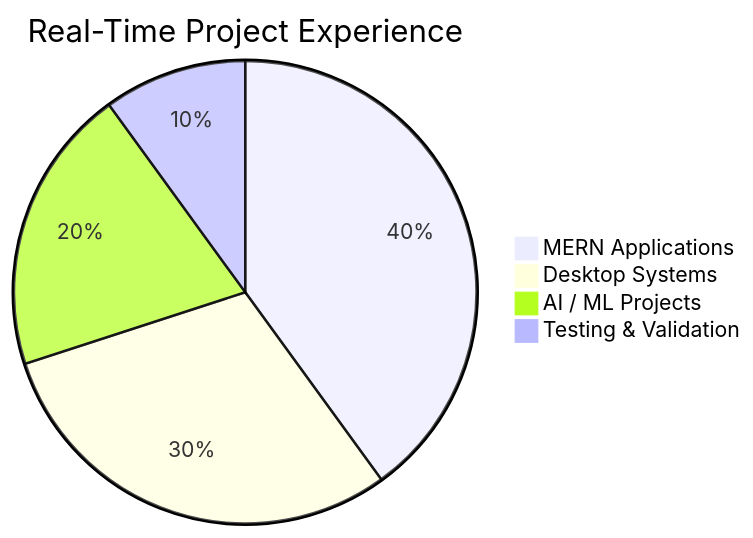
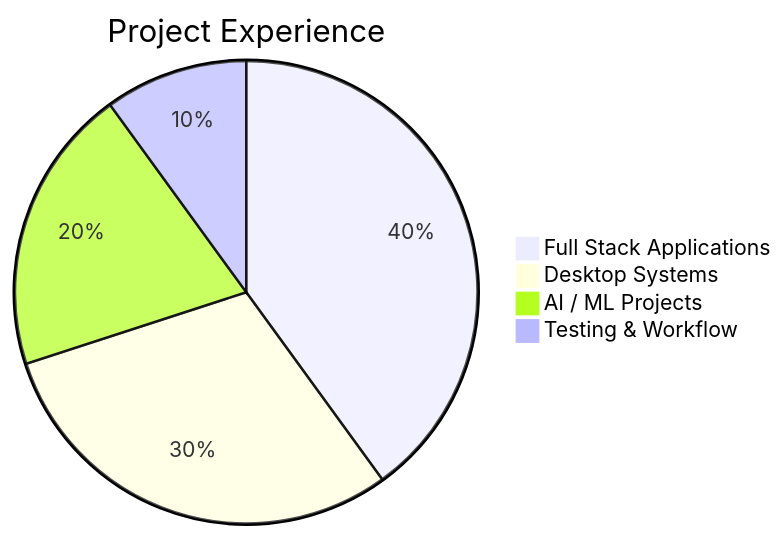
The diagram in README.md (Sabarisekaran/Sabari-sekaran), drawn with Mermaid before and after one commit. The commit also changed other lines of this file, not shown here.

First line of the commit message:
Revise README for portfolio and project updates

````diff
--- a/README.md
+++ b/README.md
@@ -143,7 +233,7 @@
 ```mermaid
-pie title Real-Time Project Experience
-    "MERN Applications" : 40
+pie title Project Experience
+    "Full Stack Applications" : 40
     "Desktop Systems" : 30
     "AI / ML Projects" : 20
-    "Testing & Validation" : 10
+    "Testing & Workflow" : 10
 ```
````
